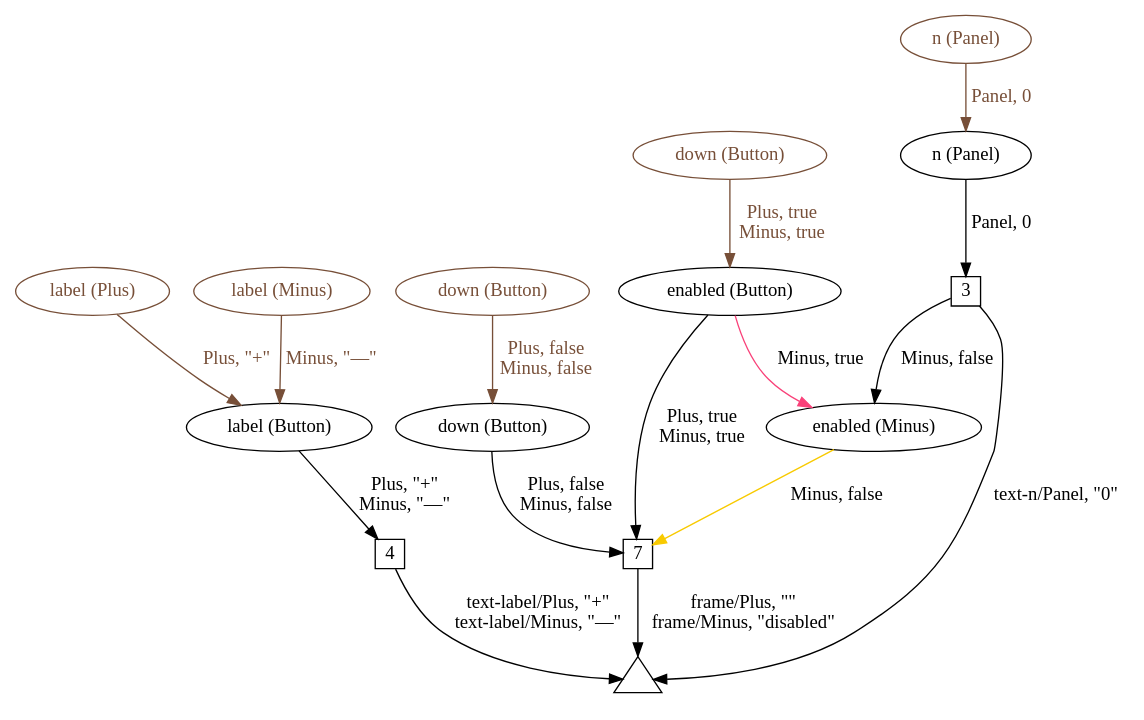
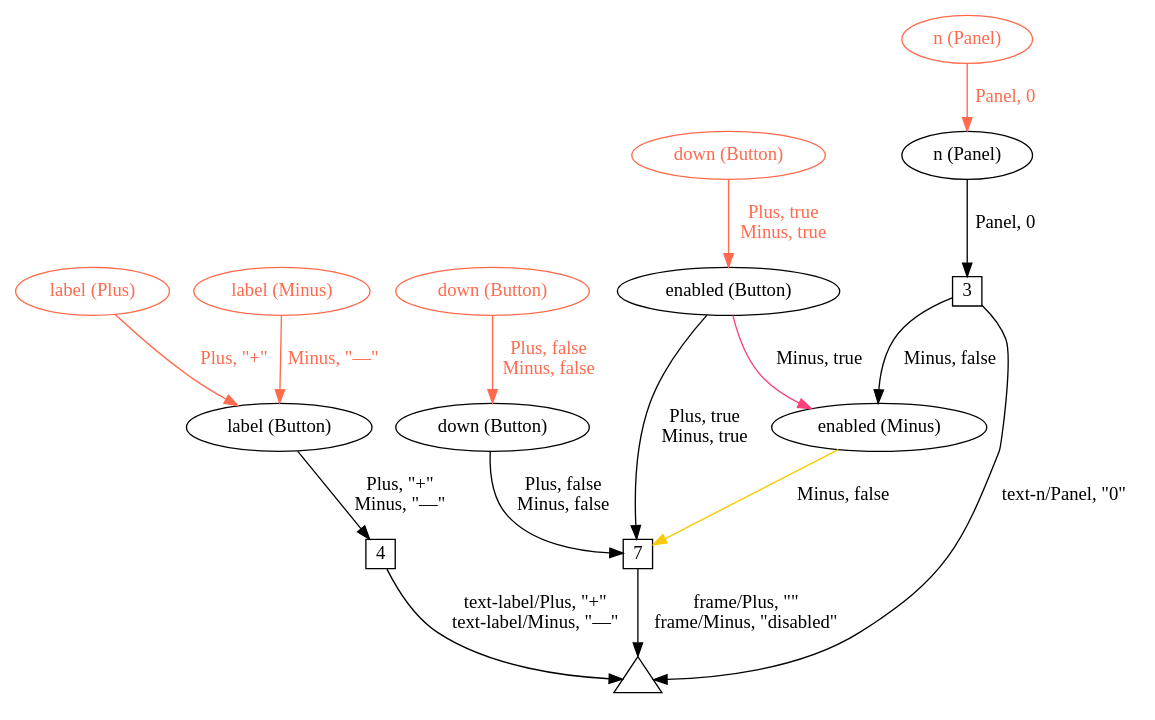
Before and after one commit to bendr/bender: the diagram in spec/fig/graph-init.gv, drawn with Graphviz. The commit also changed 12 other files, not shown here.

```diff
--- a/spec/fig/graph-init.gv
+++ b/spec/fig/graph-init.gv
@@ -1,40 +1,40 @@
 digraph bender {
   node [fontname="Avenir Next"];
   edge [fontname="Avenir Next"];
 
   t [label="", shape=triangle, fixedsize=true, width=0.5];
 
-  init_n [label="n (Panel)", color="#774f38", fontcolor="#774f38"];
-  init_n -> n [color="#774f38", fontcolor="#774f38", label="Panel, 0"];
+  init_n [label="n (Panel)", color="#ff6a4d", fontcolor="#ff6a4d"];
+  init_n -> n [color="#ff6a4d", fontcolor="#ff6a4d", label=" Panel, 0"];
   n [label="n (Panel)"];
   w3 [label="3", shape=square, fixedsize=true, width=0.3];
   menabled [label="enabled (Minus)"];
-  n -> w3 [label="Panel, 0"];
-  w3 -> t [label="text-n/Panel, \"0\""];
-  w3 -> menabled [label="Minus, false"];
+  n -> w3 [label=" Panel, 0"];
+  w3 -> t [label=" text-n/Panel, \"0\""];
+  w3 -> menabled [label=" Minus, false"];
 
-  init_mlabel [label="label (Minus)", color="#774f38", fontcolor="#774f38"];
-  init_plabel [label="label (Plus)", color="#774f38", fontcolor="#774f38"];
-  init_mlabel -> label [color="#774f38", fontcolor="#774f38", label="Minus, \"—\""];
-  init_plabel -> label [color="#774f38", fontcolor="#774f38", label="Plus, \"+\""];
+  init_mlabel [label="label (Minus)", color="#ff6a4d", fontcolor="#ff6a4d"];
+  init_plabel [label="label (Plus)", color="#ff6a4d", fontcolor="#ff6a4d"];
+  init_mlabel -> label [color="#ff6a4d", fontcolor="#ff6a4d", label=" Minus, \"—\""];
+  init_plabel -> label [color="#ff6a4d", fontcolor="#ff6a4d", label=" Plus, \"+\""];
   label [label="label (Button)"];
   w4 [label="4", shape=square, fixedsize=true, width=0.3];
-  label -> w4 [label="Plus, \"+\"\nMinus, \"—\""];
-  w4 -> t [label="text-label/Plus, \"+\"\ntext-label/Minus, \"—\""];
+  label -> w4 [label=" Plus, \"+\"\n Minus, \"—\""];
+  w4 -> t [label=" text-label/Plus, \"+\"\n text-label/Minus, \"—\""];
 
-  init_down [label="down (Button)", color="#774f38", fontcolor="#774f38"];
-  init_down -> down [color="#774f38", fontcolor="#774f38", label="Plus, false\nMinus, false"];
+  init_down [label="down (Button)", color="#ff6a4d", fontcolor="#ff6a4d"];
+  init_down -> down [color="#ff6a4d", fontcolor="#ff6a4d", label=" Plus, false\n Minus, false"];
   down [label="down (Button)"];
 
   w7 [label="7", shape=square, fixedsize=true, width=0.3];
-  down -> w7 [label="Plus, false\nMinus, false"];
+  down -> w7 [label=" Plus, false\n Minus, false"];
 
-  enabled -> w7 [label="Plus, true\nMinus, true"];
-  enabled -> menabled [label="Minus, true", color="#f94179"];
-  init_enabled [label="down (Button)", color="#774f38", fontcolor="#774f38"];
-  init_enabled -> enabled [color="#774f38", fontcolor="#774f38", label="Plus, true\nMinus, true"];
+  enabled -> w7 [label=" Plus, true\n Minus, true"];
+  enabled -> menabled [label=" Minus, true", color="#f94179"];
+  init_enabled [label="down (Button)", color="#ff6a4d", fontcolor="#ff6a4d"];
+  init_enabled -> enabled [color="#ff6a4d", fontcolor="#ff6a4d", label=" Plus, true\n Minus, true"];
   enabled [label="enabled (Button)"];
-  menabled -> w7 [label="Minus, false", color="#f8ca00"];
-  w7 -> t [label="frame/Plus, \"\"\nframe/Minus, \"disabled\""];
+  menabled -> w7 [label=" Minus, false", color="#f8ca00"];
+  w7 -> t [label=" frame/Plus, \"\"\n frame/Minus, \"disabled\""];
 
 }
```
